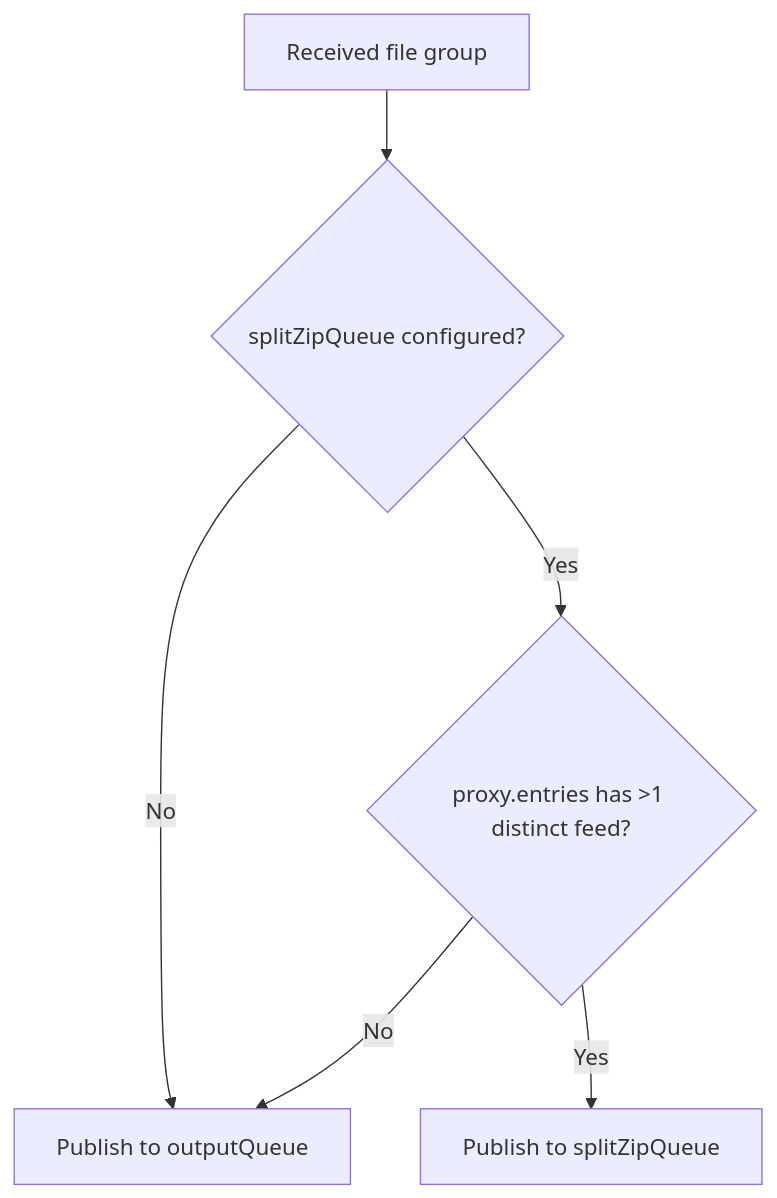
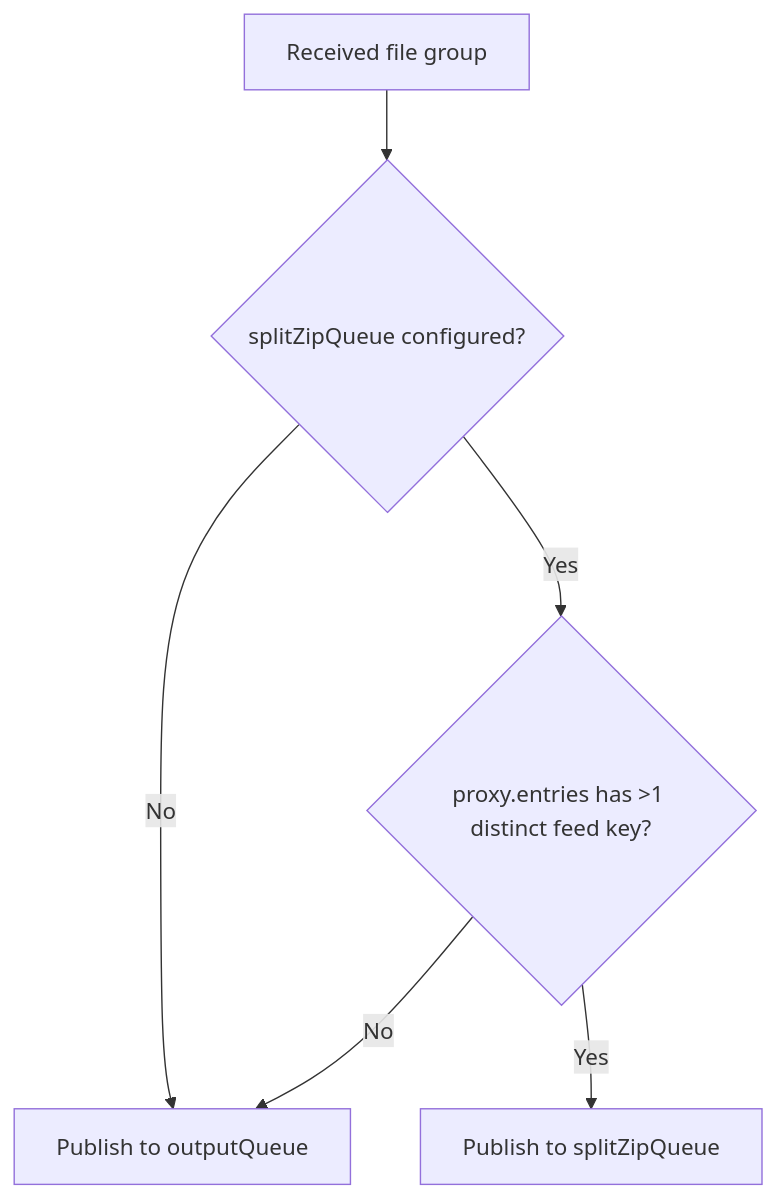
The third of 4 diagrams in stroom-proxy/designs/stages/receive.md (gchq/stroom), drawn with Mermaid before and after one commit. The commit also changed other lines of this file and 2 other files, not shown here.

````diff
--- a/stroom-proxy/designs/stages/receive.md
+++ b/stroom-proxy/designs/stages/receive.md
@@ -99,8 +99,8 @@
 ```mermaid
 flowchart TD
     A[Received file group] --> B{splitZipQueue configured?}
     B -->|No| E[Publish to outputQueue]
-    B -->|Yes| C{proxy.entries has >1 distinct feed?}
+    B -->|Yes| C{proxy.entries has >1 distinct feed key?}
     C -->|No| E
     C -->|Yes| D[Publish to splitZipQueue]
 ```
````
